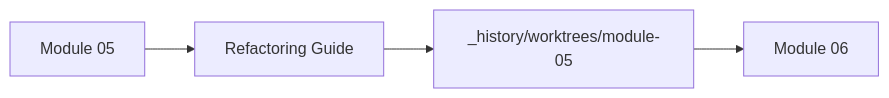
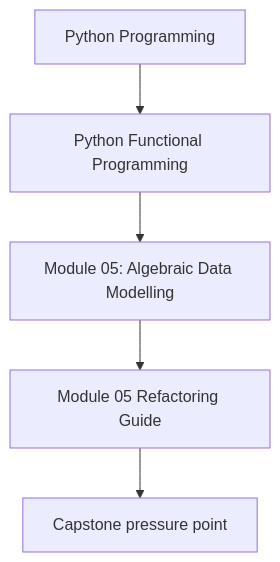
The first of 2 diagrams in programs/python-programming/python-functional-programming/course-book/module-05-algebraic-data-modelling/refactoring-guide.md (bijux/bijux-masterclass), drawn with Mermaid before and after one commit. The commit also changed other lines of this file and 118 other files, not shown here.

Commit message:
docs(python-functional-programming): align concept page diagrams

````diff
--- a/programs/python-programming/python-functional-programming/course-book/module-05-algebraic-data-modelling/refactoring-guide.md
+++ b/programs/python-programming/python-functional-programming/course-book/module-05-algebraic-data-modelling/refactoring-guide.md
@@ -7,6 +7,7 @@
 ```mermaid
-graph LR
-  module["Module 05"] --> guide["Refactoring Guide"]
-  guide --> worktree["_history/worktrees/module-05"]
-  worktree --> next["Module 06"]
+flowchart TD
+  family["Python Programming"] --> program["Python Functional Programming"]
+  program --> module["Module 05: Algebraic Data Modelling"]
+  module --> concept["Module 05 Refactoring Guide"]
+  concept --> capstone["Capstone pressure point"]
 ```
````
